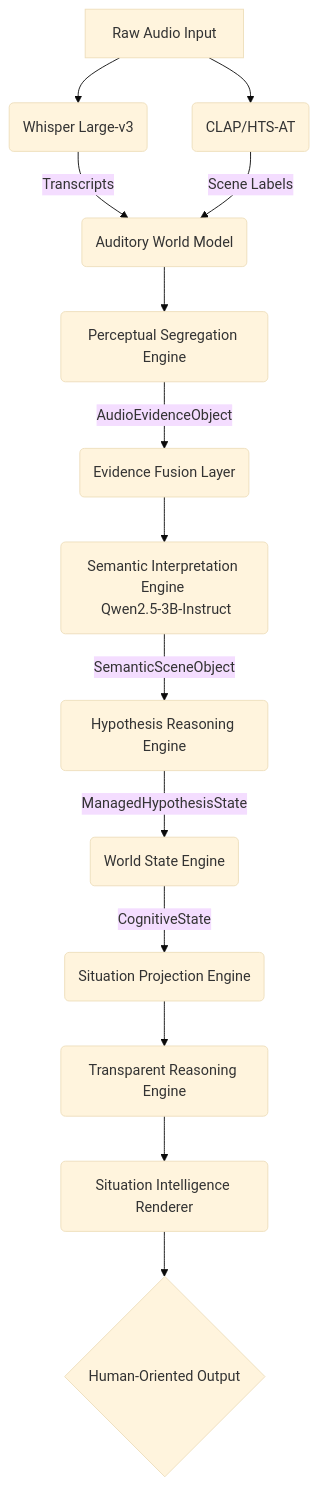
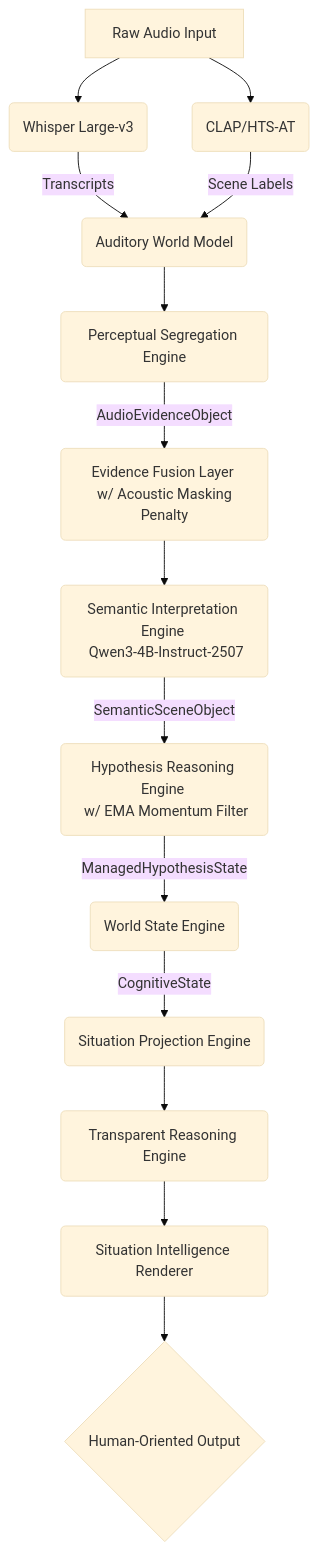
One commit to karthikreddy9744/alm-project changed the first of 2 diagrams in research/architecture_diagram.md. Above: the diagram before and after it, drawn with Mermaid (base theme). The commit also changed 13 other files, not shown here.

````diff
--- a/research/architecture_diagram.md
+++ b/research/architecture_diagram.md
@@ -5,16 +5,16 @@
 ```mermaid
 graph TD
     A[Raw Audio Input] --> B(Whisper Large-v3)
     A --> C(CLAP/HTS-AT)
     B -->|Transcripts| D(Auditory World Model)
     C -->|Scene Labels| D
     D --> E(Perceptual Segregation Engine)
-    E -->|AudioEvidenceObject| F(Evidence Fusion Layer)
-    F --> G(Semantic Interpretation Engine <br> Qwen2.5-3B-Instruct)
-    G -->|SemanticSceneObject| H(Hypothesis Reasoning Engine)
+    E -->|AudioEvidenceObject| F(Evidence Fusion Layer <br> w/ Acoustic Masking Penalty)
+    F --> G(Semantic Interpretation Engine <br> Qwen3-4B-Instruct-2507)
+    G -->|SemanticSceneObject| H(Hypothesis Reasoning Engine <br> w/ EMA Momentum Filter)
     H -->|ManagedHypothesisState| I(World State Engine)
     I -->|CognitiveState| J(Situation Projection Engine)
     J --> K(Transparent Reasoning Engine)
     K --> L(Situation Intelligence Renderer)
     L --> M{Human-Oriented Output}
 ```
````
